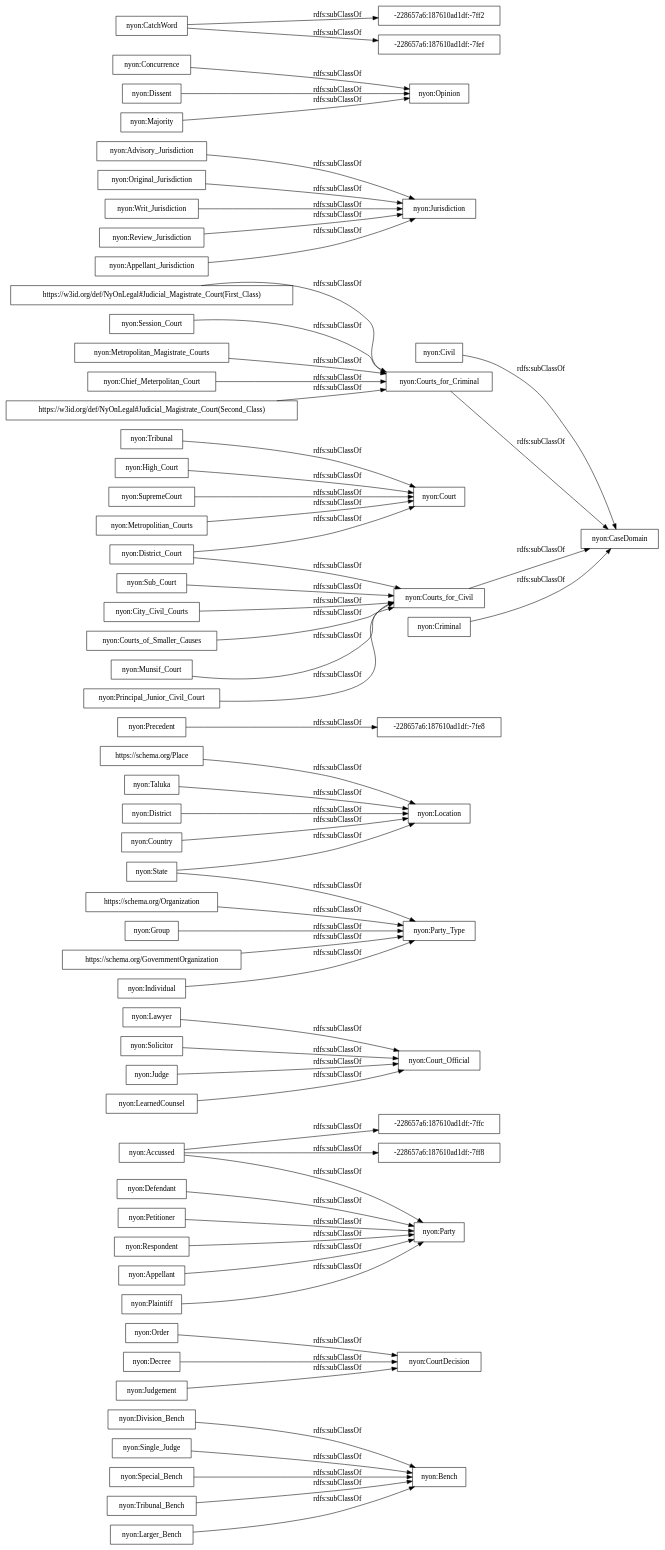
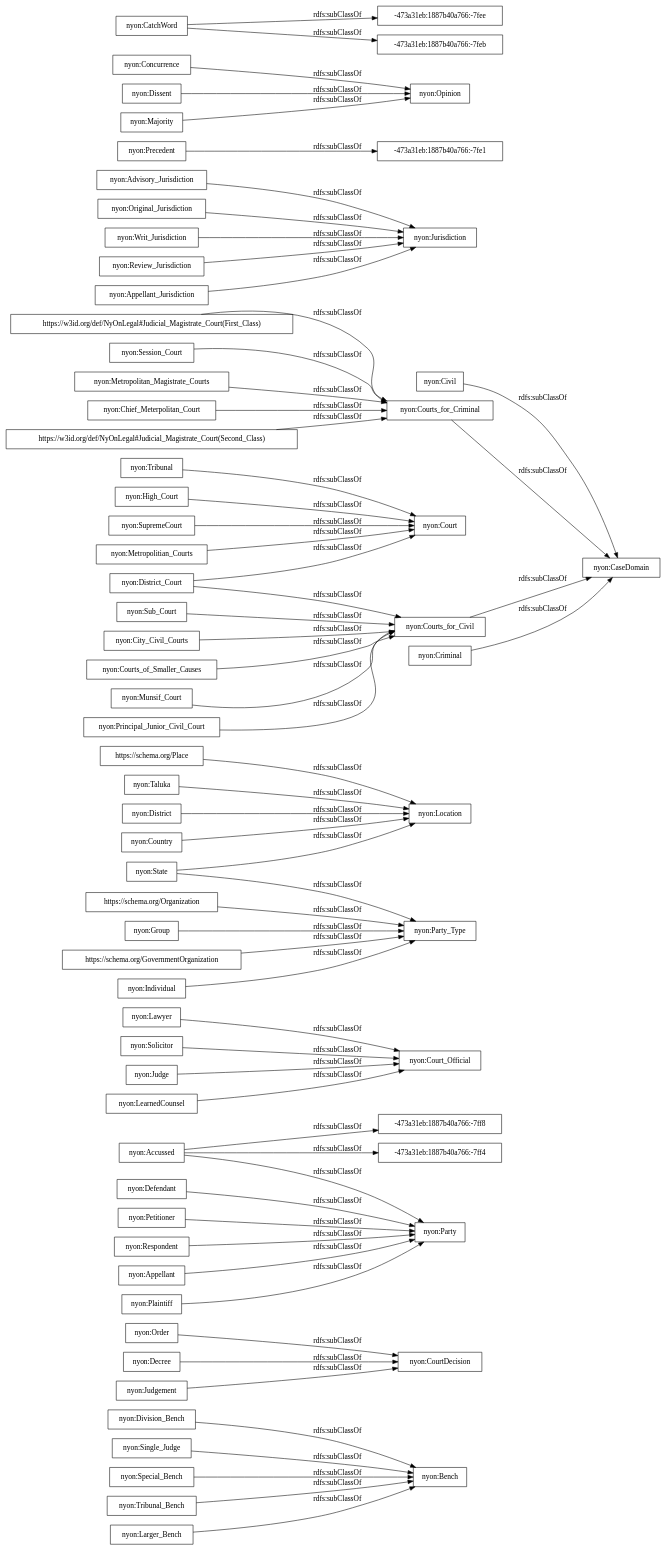
One commit to ahmad88me/NyOn changed the diagram in OnToology/NyOn.owl/diagrams/ar2dtool-taxonomy/NyOn.owl.png.dot. Above: the diagram before and after it, drawn with Graphviz. The commit also changed 23 other files, not shown here.

```diff
--- a/OnToology/NyOn.owl/diagrams/ar2dtool-taxonomy/NyOn.owl.png.dot
+++ b/OnToology/NyOn.owl/diagrams/ar2dtool-taxonomy/NyOn.owl.png.dot
@@ -1,67 +1,67 @@
 digraph ar2dtool_diagram { 
 rankdir=LR;
 size="1000"
-node [shape = rectangle, color="black"]; "nyon:Division_Bench" "nyon:Order" "nyon:Decree" "nyon:Bench" "nyon:Party" "nyon:Defendant" "nyon:Lawyer" "https://schema.org/Place" "nyon:Accussed" "-228657a6:187610ad1df:-7fe8" "nyon:Civil" "nyon:Taluka" "nyon:Principal_Junior_Civil_Court" "nyon:Solicitor" "nyon:Advisory_Jurisdiction" "nyon:Single_Judge" "nyon:Session_Court" "nyon:Metropolitan_Magistrate_Courts" "nyon:District_Court" "nyon:Chief_Meterpolitan_Court" "nyon:Original_Jurisdiction" "nyon:Court_Official" "nyon:Precedent" "nyon:Court" "nyon:High_Court" "https://w3id.org/def/NyOnLegal#Judicial_Magistrate_Court(Second_Class)" "nyon:State" "nyon:Concurrence" "nyon:Courts_for_Criminal" "nyon:Courts_for_Civil" "nyon:Writ_Jurisdiction" "nyon:Location" "nyon:District" "nyon:Review_Jurisdiction" "nyon:City_Civil_Courts" "nyon:Appellant_Jurisdiction" "nyon:SupremeCourt" "nyon:Special_Bench" "nyon:Individual" "-228657a6:187610ad1df:-7ff2" "nyon:Opinion" "nyon:Judge" "nyon:Courts_of_Smaller_Causes" "nyon:Judgement" "nyon:LearnedCounsel" "nyon:Tribunal_Bench" "nyon:Jurisdiction" "-228657a6:187610ad1df:-7ff8" "https://schema.org/Organization" "nyon:Metropolitian_Courts" "nyon:Criminal" "nyon:Group" "nyon:Appellant" "nyon:Munsif_Court" "nyon:CatchWord" "nyon:Dissent" "nyon:Party_Type" "nyon:Plaintiff" "nyon:Country" "nyon:CourtDecision" "nyon:Tribunal" "nyon:Majority" "nyon:Petitioner" "-228657a6:187610ad1df:-7fef" "nyon:CaseDomain" "nyon:Sub_Court" "https://schema.org/GovernmentOrganization" "nyon:Larger_Bench" "https://w3id.org/def/NyOnLegal#Judicial_Magistrate_Court(First_Class)" "nyon:Respondent" "-228657a6:187610ad1df:-7ffc" ; /*classes style*/
+node [shape = rectangle, color="black"]; "nyon:Division_Bench" "nyon:Order" "nyon:Decree" "nyon:Bench" "nyon:Party" "nyon:Defendant" "nyon:Lawyer" "https://schema.org/Place" "nyon:Accussed" "nyon:Civil" "nyon:Taluka" "nyon:Principal_Junior_Civil_Court" "nyon:Solicitor" "nyon:Advisory_Jurisdiction" "nyon:Single_Judge" "nyon:Session_Court" "nyon:Metropolitan_Magistrate_Courts" "nyon:District_Court" "nyon:Chief_Meterpolitan_Court" "nyon:Original_Jurisdiction" "nyon:Court_Official" "nyon:Precedent" "nyon:Court" "nyon:High_Court" "https://w3id.org/def/NyOnLegal#Judicial_Magistrate_Court(Second_Class)" "nyon:State" "nyon:Concurrence" "nyon:Courts_for_Criminal" "nyon:Courts_for_Civil" "nyon:Writ_Jurisdiction" "nyon:Location" "nyon:District" "nyon:Review_Jurisdiction" "nyon:City_Civil_Courts" "nyon:Appellant_Jurisdiction" "nyon:SupremeCourt" "nyon:Special_Bench" "nyon:Individual" "nyon:Opinion" "nyon:Judge" "nyon:Courts_of_Smaller_Causes" "nyon:Judgement" "nyon:LearnedCounsel" "-473a31eb:1887b40a766:-7ff4" "nyon:Tribunal_Bench" "nyon:Jurisdiction" "https://schema.org/Organization" "nyon:Metropolitian_Courts" "nyon:Criminal" "nyon:Group" "-473a31eb:1887b40a766:-7fee" "nyon:Appellant" "nyon:Munsif_Court" "nyon:CatchWord" "nyon:Dissent" "nyon:Party_Type" "nyon:Plaintiff" "-473a31eb:1887b40a766:-7ff8" "nyon:Country" "nyon:CourtDecision" "nyon:Tribunal" "nyon:Majority" "nyon:Petitioner" "nyon:CaseDomain" "nyon:Sub_Court" "https://schema.org/GovernmentOrganization" "nyon:Larger_Bench" "-473a31eb:1887b40a766:-7feb" "https://w3id.org/def/NyOnLegal#Judicial_Magistrate_Court(First_Class)" "nyon:Respondent" "-473a31eb:1887b40a766:-7fe1" ; /*classes style*/
 	"nyon:Writ_Jurisdiction" -> "nyon:Jurisdiction" [ label = "rdfs:subClassOf" ];
 	"nyon:Special_Bench" -> "nyon:Bench" [ label = "rdfs:subClassOf" ];
 	"https://schema.org/Place" -> "nyon:Location" [ label = "rdfs:subClassOf" ];
 	"nyon:Judge" -> "nyon:Court_Official" [ label = "rdfs:subClassOf" ];
 	"nyon:Petitioner" -> "nyon:Party" [ label = "rdfs:subClassOf" ];
 	"https://schema.org/GovernmentOrganization" -> "nyon:Party_Type" [ label = "rdfs:subClassOf" ];
 	"nyon:Original_Jurisdiction" -> "nyon:Jurisdiction" [ label = "rdfs:subClassOf" ];
 	"nyon:Appellant" -> "nyon:Party" [ label = "rdfs:subClassOf" ];
 	"nyon:Order" -> "nyon:CourtDecision" [ label = "rdfs:subClassOf" ];
 	"nyon:Review_Jurisdiction" -> "nyon:Jurisdiction" [ label = "rdfs:subClassOf" ];
 	"https://schema.org/Organization" -> "nyon:Party_Type" [ label = "rdfs:subClassOf" ];
 	"nyon:District_Court" -> "nyon:Courts_for_Civil" [ label = "rdfs:subClassOf" ];
 	"nyon:District_Court" -> "nyon:Court" [ label = "rdfs:subClassOf" ];
 	"nyon:Metropolitian_Courts" -> "nyon:Court" [ label = "rdfs:subClassOf" ];
 	"nyon:Munsif_Court" -> "nyon:Courts_for_Civil" [ label = "rdfs:subClassOf" ];
 	"nyon:Respondent" -> "nyon:Party" [ label = "rdfs:subClassOf" ];
 	"nyon:Chief_Meterpolitan_Court" -> "nyon:Courts_for_Criminal" [ label = "rdfs:subClassOf" ];
 	"nyon:Session_Court" -> "nyon:Courts_for_Criminal" [ label = "rdfs:subClassOf" ];
 	"nyon:Majority" -> "nyon:Opinion" [ label = "rdfs:subClassOf" ];
 	"nyon:LearnedCounsel" -> "nyon:Court_Official" [ label = "rdfs:subClassOf" ];
 	"nyon:SupremeCourt" -> "nyon:Court" [ label = "rdfs:subClassOf" ];
 	"nyon:Larger_Bench" -> "nyon:Bench" [ label = "rdfs:subClassOf" ];
 	"nyon:Single_Judge" -> "nyon:Bench" [ label = "rdfs:subClassOf" ];
 	"nyon:Dissent" -> "nyon:Opinion" [ label = "rdfs:subClassOf" ];
 	"nyon:City_Civil_Courts" -> "nyon:Courts_for_Civil" [ label = "rdfs:subClassOf" ];
 	"nyon:District" -> "nyon:Location" [ label = "rdfs:subClassOf" ];
 	"nyon:Decree" -> "nyon:CourtDecision" [ label = "rdfs:subClassOf" ];
 	"nyon:High_Court" -> "nyon:Court" [ label = "rdfs:subClassOf" ];
 	"nyon:Courts_for_Civil" -> "nyon:CaseDomain" [ label = "rdfs:subClassOf" ];
 	"nyon:Sub_Court" -> "nyon:Courts_for_Civil" [ label = "rdfs:subClassOf" ];
 	"nyon:Civil" -> "nyon:CaseDomain" [ label = "rdfs:subClassOf" ];
 	"nyon:Plaintiff" -> "nyon:Party" [ label = "rdfs:subClassOf" ];
 	"nyon:State" -> "nyon:Party_Type" [ label = "rdfs:subClassOf" ];
 	"nyon:State" -> "nyon:Location" [ label = "rdfs:subClassOf" ];
 	"nyon:Criminal" -> "nyon:CaseDomain" [ label = "rdfs:subClassOf" ];
 	"nyon:Principal_Junior_Civil_Court" -> "nyon:Courts_for_Civil" [ label = "rdfs:subClassOf" ];
 	"nyon:Tribunal" -> "nyon:Court" [ label = "rdfs:subClassOf" ];
 	"https://w3id.org/def/NyOnLegal#Judicial_Magistrate_Court(Second_Class)" -> "nyon:Courts_for_Criminal" [ label = "rdfs:subClassOf" ];
 	"nyon:Courts_for_Criminal" -> "nyon:CaseDomain" [ label = "rdfs:subClassOf" ];
-	"nyon:Precedent" -> "-228657a6:187610ad1df:-7fe8" [ label = "rdfs:subClassOf" ];
+	"nyon:Precedent" -> "-473a31eb:1887b40a766:-7fe1" [ label = "rdfs:subClassOf" ];
 	"nyon:Concurrence" -> "nyon:Opinion" [ label = "rdfs:subClassOf" ];
-	"nyon:CatchWord" -> "-228657a6:187610ad1df:-7fef" [ label = "rdfs:subClassOf" ];
-	"nyon:CatchWord" -> "-228657a6:187610ad1df:-7ff2" [ label = "rdfs:subClassOf" ];
+	"nyon:CatchWord" -> "-473a31eb:1887b40a766:-7feb" [ label = "rdfs:subClassOf" ];
+	"nyon:CatchWord" -> "-473a31eb:1887b40a766:-7fee" [ label = "rdfs:subClassOf" ];
 	"nyon:Solicitor" -> "nyon:Court_Official" [ label = "rdfs:subClassOf" ];
 	"nyon:Courts_of_Smaller_Causes" -> "nyon:Courts_for_Civil" [ label = "rdfs:subClassOf" ];
 	"nyon:Defendant" -> "nyon:Party" [ label = "rdfs:subClassOf" ];
-	"nyon:Accussed" -> "-228657a6:187610ad1df:-7ff8" [ label = "rdfs:subClassOf" ];
-	"nyon:Accussed" -> "-228657a6:187610ad1df:-7ffc" [ label = "rdfs:subClassOf" ];
+	"nyon:Accussed" -> "-473a31eb:1887b40a766:-7ff4" [ label = "rdfs:subClassOf" ];
+	"nyon:Accussed" -> "-473a31eb:1887b40a766:-7ff8" [ label = "rdfs:subClassOf" ];
 	"nyon:Accussed" -> "nyon:Party" [ label = "rdfs:subClassOf" ];
 	"nyon:Group" -> "nyon:Party_Type" [ label = "rdfs:subClassOf" ];
 	"nyon:Country" -> "nyon:Location" [ label = "rdfs:subClassOf" ];
 	"nyon:Tribunal_Bench" -> "nyon:Bench" [ label = "rdfs:subClassOf" ];
 	"nyon:Lawyer" -> "nyon:Court_Official" [ label = "rdfs:subClassOf" ];
 	"nyon:Taluka" -> "nyon:Location" [ label = "rdfs:subClassOf" ];
 	"nyon:Judgement" -> "nyon:CourtDecision" [ label = "rdfs:subClassOf" ];
 	"nyon:Division_Bench" -> "nyon:Bench" [ label = "rdfs:subClassOf" ];
 	"nyon:Advisory_Jurisdiction" -> "nyon:Jurisdiction" [ label = "rdfs:subClassOf" ];
 	"nyon:Metropolitan_Magistrate_Courts" -> "nyon:Courts_for_Criminal" [ label = "rdfs:subClassOf" ];
 	"nyon:Appellant_Jurisdiction" -> "nyon:Jurisdiction" [ label = "rdfs:subClassOf" ];
 	"nyon:Individual" -> "nyon:Party_Type" [ label = "rdfs:subClassOf" ];
 	"https://w3id.org/def/NyOnLegal#Judicial_Magistrate_Court(First_Class)" -> "nyon:Courts_for_Criminal" [ label = "rdfs:subClassOf" ];
 
 }
```
